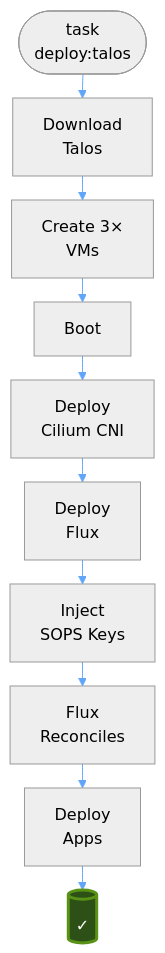
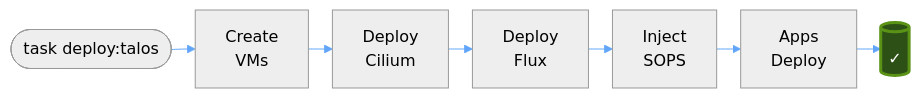
Before and after one commit to syscode-labs/oci-free-tier-manager: the sixth of 18 diagrams in docs/ARCHITECTURE-DIAGRAMS.md, drawn with Mermaid. The commit also changed other lines of this file, not shown here.

First line of the commit message:
refactor: simplify diagrams - condense nodes and use horizontal layout

````diff
--- a/docs/ARCHITECTURE-DIAGRAMS.md
+++ b/docs/ARCHITECTURE-DIAGRAMS.md
@@ -171,18 +162,13 @@
 ```mermaid
 %%{init: {'theme':'neutral', 'themeVariables': { 'lineColor': '#60a5fa', 'arrowheadColor': '#60a5fa' }, 'flowchart': { 'useMaxWidth': true, 'diagramPadding': 8, 'nodeSpacing': 16, 'rankSpacing': 24 } }}%%
-flowchart TB
-    Start(["task<br/>deploy:talos"]) --> Image["Download<br/>Talos"]
-    Image --> VMs["Create 3×<br/>VMs"]
-    VMs --> Boot["Boot"]
-    
-    Boot --> Cilium["Deploy<br/>Cilium CNI"]
+flowchart LR
+    Start(["task deploy:talos"]) --> VMs["Create<br/>VMs"]
+    VMs --> Cilium["Deploy<br/>Cilium"]
     Cilium --> Flux["Deploy<br/>Flux"]
-    Flux --> SOPS["Inject<br/>SOPS Keys"]
-    
-    SOPS --> Reconcile["Flux<br/>Reconciles"]
-    Reconcile --> Apps["Deploy<br/>Apps"]
+    Flux --> SOPS["Inject<br/>SOPS"]
+    SOPS --> Apps["Apps<br/>Deploy"]
     Apps --> Done[("✓")]
     
     classDef success fill:#2d5016,stroke:#5a9216,stroke-width:3px,color:#fff
     class Done success
 ```
````
